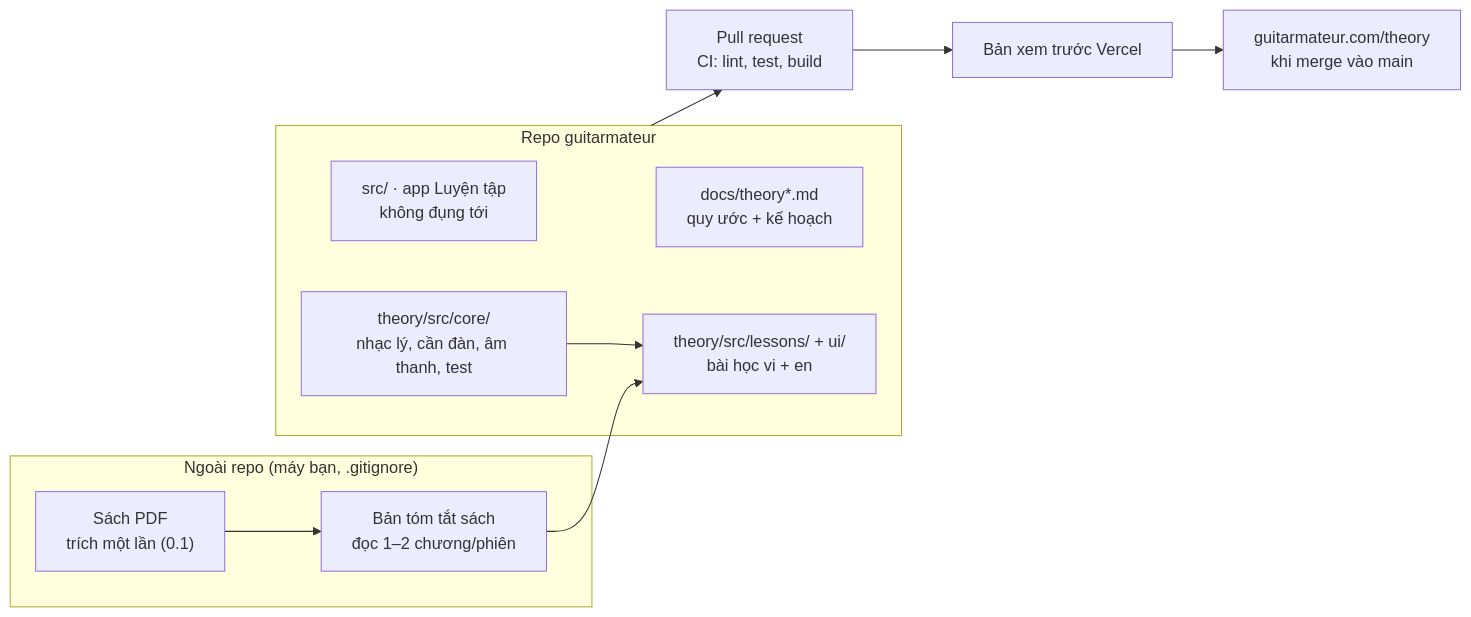
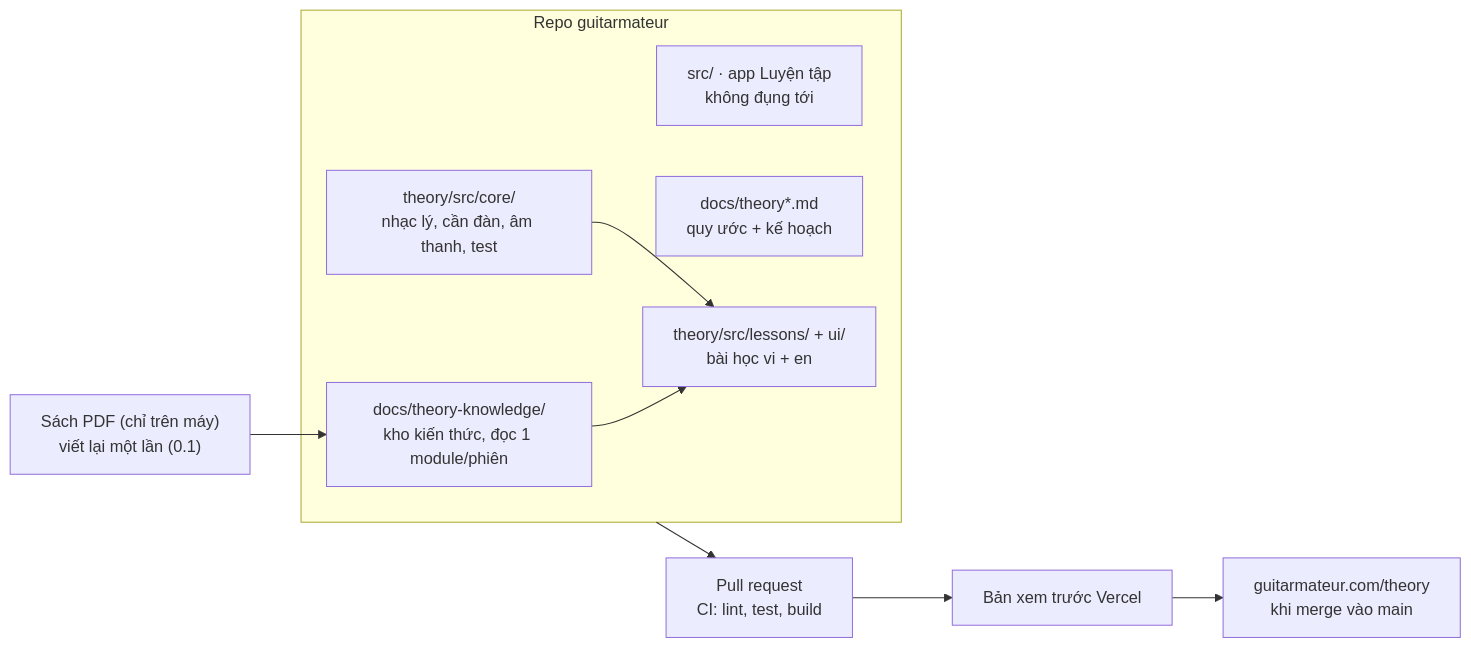
One commit to nguyentamgm/guitarmateur changed the first of 2 diagrams in docs/theory-plan.md. Above: the diagram before and after it, drawn with Mermaid. The commit also changed other lines of this file and 9 other files, not shown here.

First line of the commit message:
docs: add Theory knowledge base rewritten from the book

````diff
--- a/docs/theory-plan.md
+++ b/docs/theory-plan.md
@@ -77,15 +79,14 @@
 ```mermaid
 flowchart LR
-  subgraph local["Ngoài repo (máy bạn, .gitignore)"]
-    pdf["Sách PDF<br/>trích một lần (0.1)"] --> sum["Bản tóm tắt sách<br/>đọc 1–2 chương/phiên"]
-  end
+  pdf["Sách PDF (chỉ trên máy)<br/>viết lại một lần (0.1)"] --> kb
   subgraph repo["Repo guitarmateur"]
     main["src/ · app Luyện tập<br/>không đụng tới"]
     docs["docs/theory*.md<br/>quy ước + kế hoạch"]
+    kb["docs/theory-knowledge/<br/>kho kiến thức, đọc 1 module/phiên"]
     core["theory/src/core/<br/>nhạc lý, cần đàn, âm thanh, test"]
     lessons["theory/src/lessons/ + ui/<br/>bài học vi + en"]
+    kb --> lessons
     core --> lessons
   end
-  sum --> lessons
   repo --> pr["Pull request<br/>CI: lint, test, build"] --> preview["Bản xem trước Vercel"] --> prod["guitarmateur.com/theory<br/>khi merge vào main"]
 ```
````
